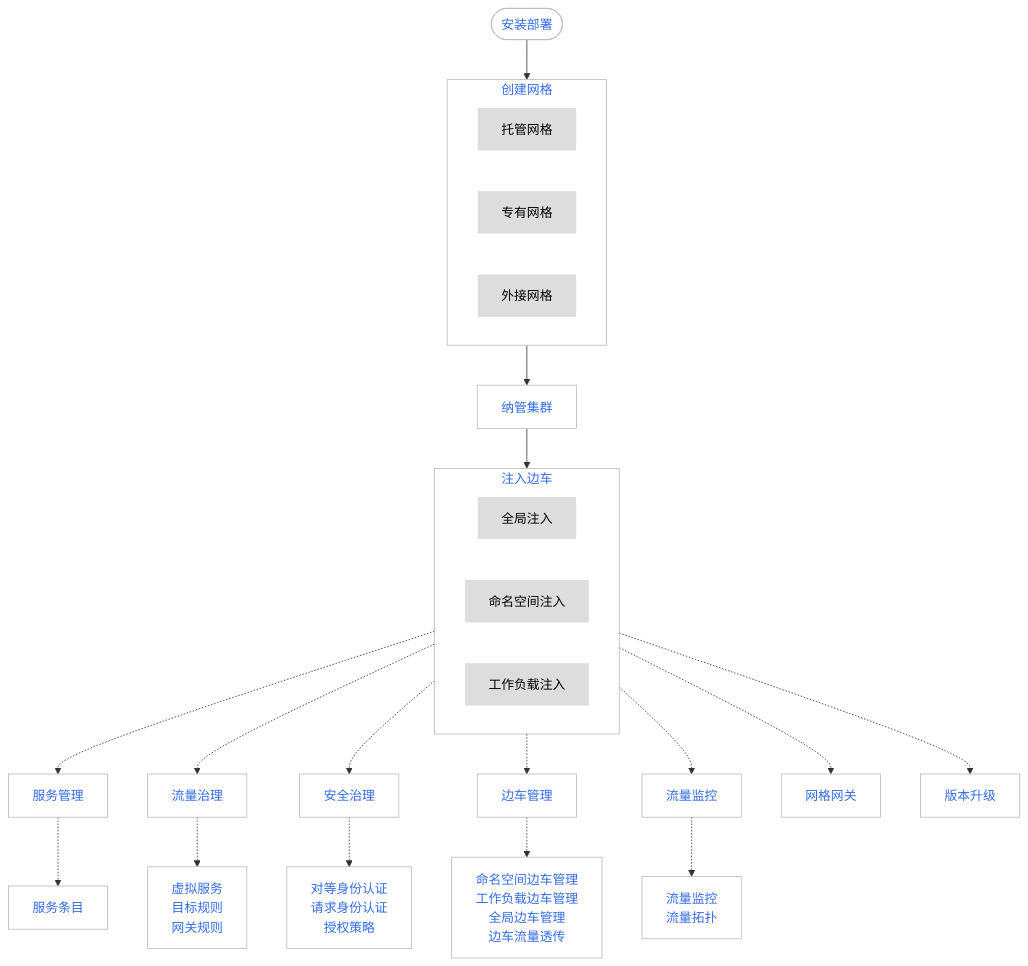
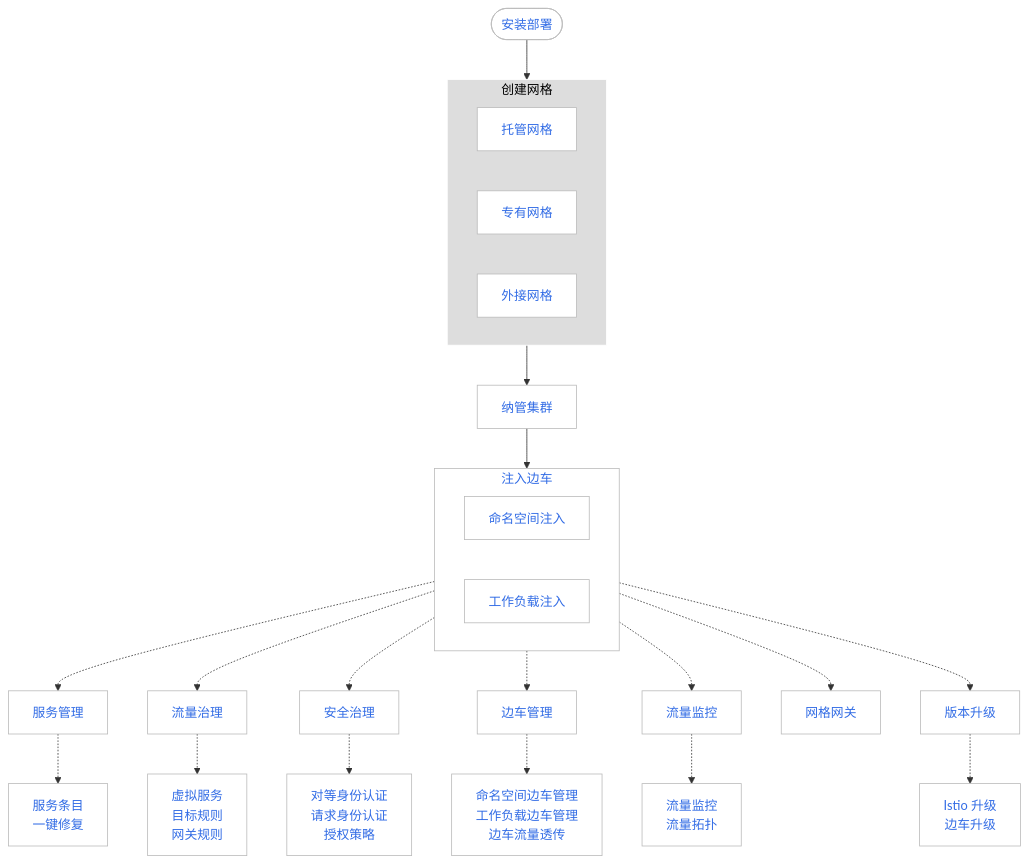
One commit to DaoCloud/DaoCloud-docs changed the diagram in docs/zh/docs/mspider/intro/index.md. Above: the diagram before and after it, drawn with Mermaid. The commit also changed 1 other file, not shown here.

Commit message:
update mspider index

````diff
--- a/docs/zh/docs/mspider/intro/index.md
+++ b/docs/zh/docs/mspider/intro/index.md
@@ -64,66 +64,66 @@
 ```mermaid
 flowchart TD
 
     install([安装部署])
     install --> mesh[创建网格]
         subgraph mesh[创建网格]
             managed[托管网格]
             private[专有网格]
             external[外接网格]
             
         end
 
     mesh --> cluster[纳管集群]
 
     cluster --> inject[注入边车]
 
         subgraph inject[注入边车]
-            global[全局注入]
             namespace[命名空间注入]
             workload[工作负载注入]
         end
 
     
     inject -.-> service[服务管理]
     inject -.-> traffic[流量治理]
     inject -.-> security[安全治理]
     inject -.-> sidecar[边车管理]
     inject -.-> watch[流量监控]
     inject -.-> gateway[网格网关]
     inject -.-> upgrade[版本升级]
     
 
-    service -.-> entry[服务条目]
+    service -.-> entry[服务条目<br>一键修复]
     traffic -.-> virtual[虚拟服务<br>目标规则<br>网关规则]
     security -.-> peer[对等身份认证<br>请求身份认证<br>授权策略]
-    sidecar -.-> sidecarm[命名空间边车管理<br>工作负载边车管理<br>全局边车管理<br>边车流量透传]
+    sidecar -.-> sidecarm[命名空间边车管理<br>工作负载边车管理<br>边车流量透传]
     watch -.-> watch2[流量监控<br>流量拓扑]
+    upgrade -.-> upgrade1[Istio 升级<br>边车升级]
 
     classDef plain fill:#ddd,stroke:#fff,stroke-width:1px,color:#000;
     classDef k8s fill:#326ce5,stroke:#fff,stroke-width:1px,color:#fff;
     classDef cluster fill:#fff,stroke:#bbb,stroke-width:1px,color:#326ce5;
 
-    class managed,private,external,global,namespace,workload plain
-    class install,service,gateway,traffic,watch,upgrade,security,entry,virtual,peer,cluster,sidecar,sidecarm,watch2 cluster
+    class mesh plain
+    class install,service,gateway,traffic,watch,upgrade,security,entry,virtual,peer,cluster,sidecar,sidecarm,watch2,managed,private,external,namespace,workload,upgrade1 cluster
 
     click install "https://docs.daocloud.io/mspider/install/install/"
     click managed "https://docs.daocloud.io/mspider/user-guide/service-mesh/"
     click private "https://docs.daocloud.io/mspider/user-guide/service-mesh/"
     click external "https://docs.daocloud.io/mspider/user-guide/service-mesh/external-mesh/"
     click cluster "https://docs.daocloud.io/mspider/user-guide/cluster-management/join-clus/"
     click global "https://docs.daocloud.io/mspider/user-guide/sidecar-management/global-sidecar/"
     click namespace "https://docs.daocloud.io/mspider/user-guide/sidecar-management/ns-sidecar/"
     click workload "https://docs.daocloud.io/mspider/user-guide/sidecar-management/workload-sidecar/"
     click gateway "https://docs.daocloud.io/mspider/user-guide/gateway-instance/create/"
     click service "https://docs.daocloud.io/mspider/user-guide/service-list/"
     click traffic "https://docs.daocloud.io/mspider/user-guide/traffic-governance/"
     click security "https://docs.daocloud.io/mspider/user-guide/security/"
     click watch "https://docs.daocloud.io/mspider/user-guide/traffic-monitor/"
     click upgrade "https://docs.daocloud.io/mspider/user-guide/upgrade/istio-update/"
     click entry "https://docs.daocloud.io/mspider/user-guide/service-list/service-entry/"
     click virtual "https://docs.daocloud.io/mspider/user-guide/traffic-governance/virtual-service/"
     click peer "https://docs.daocloud.io/mspider/user-guide/security/peer/"
     click sidecar "https://docs.daocloud.io/mspider/user-guide/sidecar-management/ns-sidecar/"
     click sidecarm "https://docs.daocloud.io/mspider/user-guide/sidecar-management/passthrough/"
     click watch2 "https://docs.daocloud.io/mspider/user-guide/traffic-monitor/conn-topo/"
 ```
````
